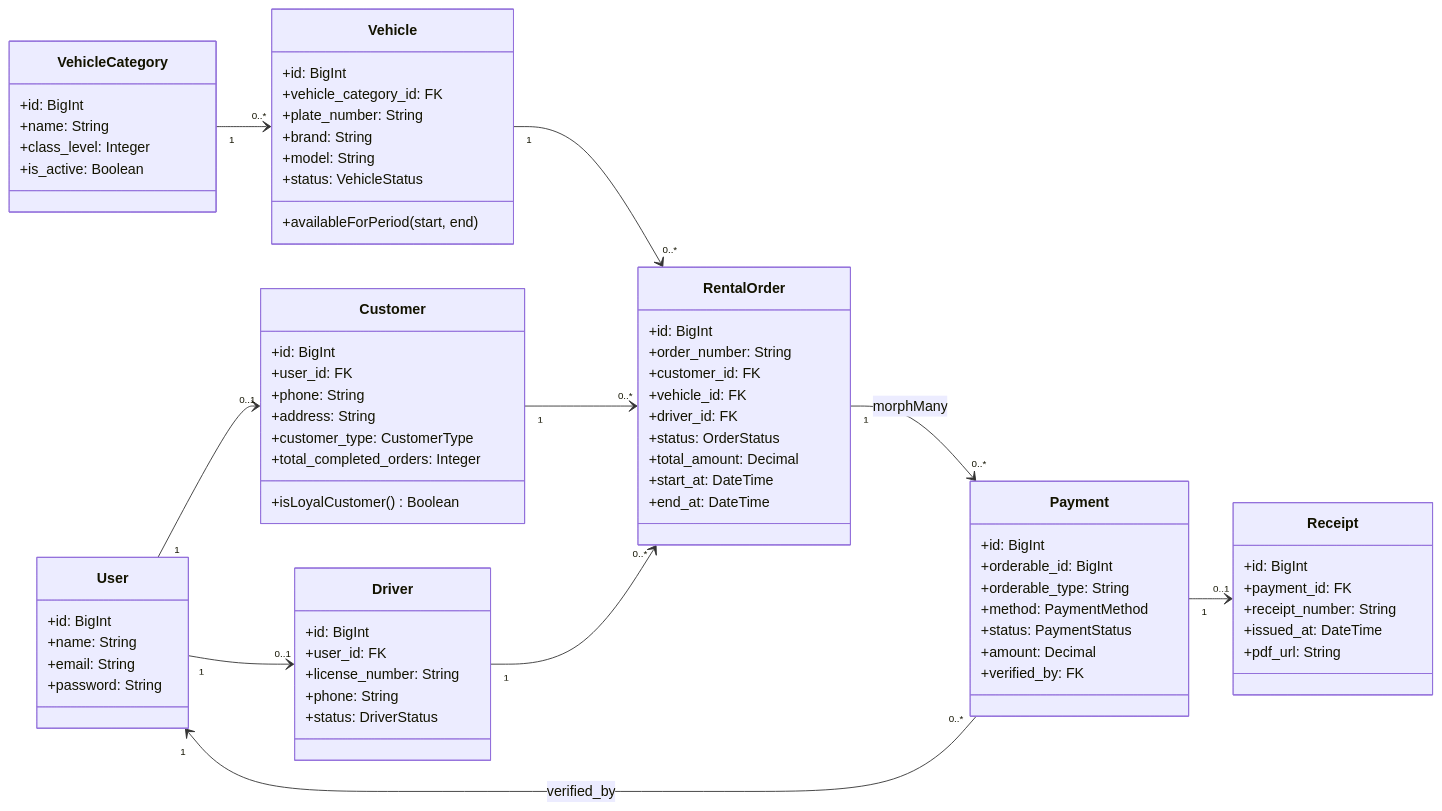
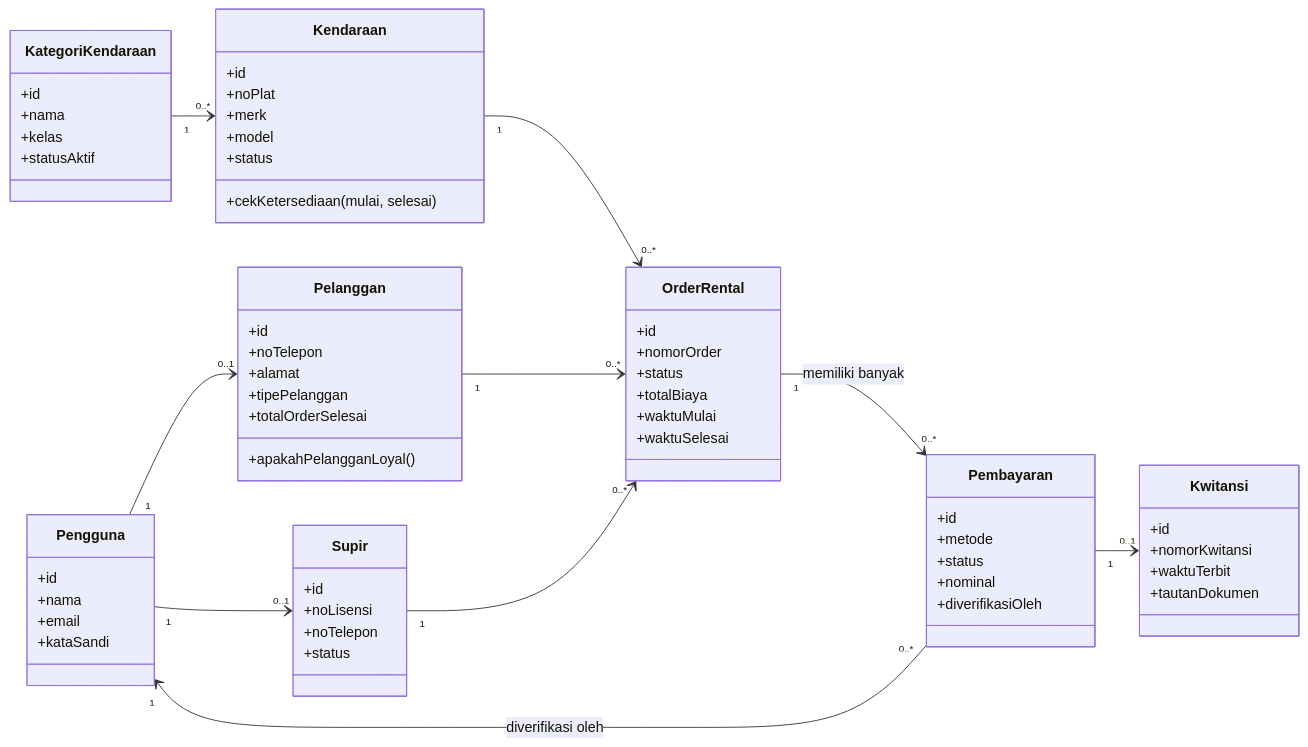
The fifth of 15 diagrams in docs/UML_MERMAID.md (nabiilnuryassar/rent-car), drawn with Mermaid before and after one commit. The commit also changed other lines of this file, not shown here.

Commit message:
update docs uml

````diff
--- a/docs/UML_MERMAID.md
+++ b/docs/UML_MERMAID.md
@@ -182,85 +182,76 @@
 classDiagram
     direction LR
 
-    class User {
-        +id: BigInt
-        +name: String
-        +email: String
-        +password: String
+    class Pengguna {
+        +id
+        +nama
+        +email
+        +kataSandi
     }
 
-    class Customer {
-        +id: BigInt
-        +user_id: FK
-        +phone: String
-        +address: String
-        +customer_type: CustomerType
-        +total_completed_orders: Integer
-        +isLoyalCustomer() Boolean
+    class Pelanggan {
+        +id
+        +noTelepon
+        +alamat
+        +tipePelanggan
+        +totalOrderSelesai
+        +apakahPelangganLoyal()
     }
 
-    class Driver {
-        +id: BigInt
-        +user_id: FK
-        +license_number: String
-        +phone: String
-        +status: DriverStatus
+    class Supir {
+        +id
+        +noLisensi
+        +noTelepon
+        +status
     }
 
-    class VehicleCategory {
-        +id: BigInt
-        +name: String
-        +class_level: Integer
-        +is_active: Boolean
+    class KategoriKendaraan {
+        +id
+        +nama
+        +kelas
+        +statusAktif
     }
 
-    class Vehicle {
-        +id: BigInt
-        +vehicle_category_id: FK
-        +plate_number: String
-        +brand: String
-        +model: String
-        +status: VehicleStatus
-        +availableForPeriod(start, end)
+    class Kendaraan {
+        +id
+        +noPlat
+        +merk
+        +model
+        +status
+        +cekKetersediaan(mulai, selesai)
     }
 
-    class RentalOrder {
-        +id: BigInt
-        +order_number: String
-        +customer_id: FK
-        +vehicle_id: FK
-        +driver_id: FK
-        +status: OrderStatus
-        +total_amount: Decimal
-        +start_at: DateTime
-        +end_at: DateTime
+    class OrderRental {
+        +id
+        +nomorOrder
+        +status
+        +totalBiaya
+        +waktuMulai
+        +waktuSelesai
     }
 
-    class Payment {
-        +id: BigInt
-        +orderable_id: BigInt
-        +orderable_type: String
-        +method: PaymentMethod
-        +status: PaymentStatus
-        +amount: Decimal
-        +verified_by: FK
+    class Pembayaran {
+        +id
+        +metode
+        +status
+        +nominal
+        +diverifikasiOleh
     }
 
-    class Receipt {
-        +id: BigInt
-        +payment_id: FK
-        +receipt_number: String
-        +issued_at: DateTime
-        +pdf_url: String
+    class Kwitansi {
+        +id
+        +nomorKwitansi
+        +waktuTerbit
+        +tautanDokumen
     }
 
-    User "1" --> "0..1" Customer
-    User "1" --> "0..1" Driver
-    VehicleCategory "1" --> "0..*" Vehicle
-    Customer "1" --> "0..*" RentalOrder
-    Vehicle "1" --> "0..*" RentalOrder
-    Driver "1" --> "0..*" RentalOrder
-    RentalOrder "1" --> "0..*" Payment : morphMany
-    Payment "1" --> "0..1" Receipt
-    Payment "0..*" --> "1" User : verified_by
+    Pengguna "1" --> "0..1" Pelanggan
+    Pengguna "1" --> "0..1" Supir
+    KategoriKendaraan "1" --> "0..*" Kendaraan
+    Pelanggan "1" --> "0..*" OrderRental
+    Kendaraan "1" --> "0..*" OrderRental
+    Supir "1" --> "0..*" OrderRental
+    OrderRental "1" --> "0..*" Pembayaran : memiliki banyak
+    Pembayaran "1" --> "0..1" Kwitansi
+    Pembayaran "0..*" --> "1" Pengguna : diverifikasi oleh
 ```
````
